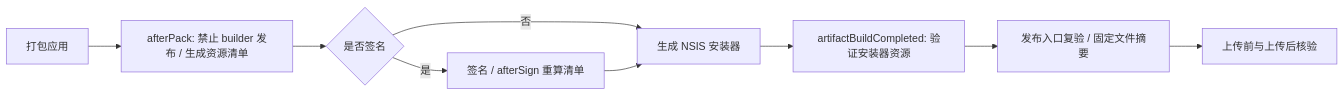
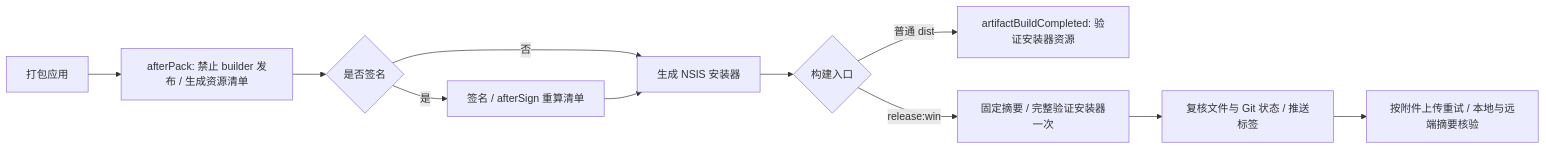
Before and after one commit to AuroraWhisperer/LIRA: the diagram in docs/reference/engineering/build.md, drawn with Mermaid. The commit also changed other lines of this file and 75 other files, not shown here.

````diff
--- a/docs/reference/engineering/build.md
+++ b/docs/reference/engineering/build.md
@@ -142,11 +143,13 @@
 ```mermaid
 flowchart LR
   A[打包应用] --> B[afterPack: 禁止 builder 发布 / 生成资源清单]
   B --> C{是否签名}
   C -->|是| D[签名 / afterSign 重算清单]
   C -->|否| E[生成 NSIS 安装器]
   D --> E
-  E --> F[artifactBuildCompleted: 验证安装器资源]
-  F --> G[发布入口复验 / 固定文件摘要]
-  G --> H[上传前与上传后核验]
+  E --> F{构建入口}
+  F -->|普通 dist| G[artifactBuildCompleted: 验证安装器资源]
+  F -->|release:win| H[固定摘要 / 完整验证安装器一次]
+  H --> I[复核文件与 Git 状态 / 推送标签]
+  I --> J[按附件上传重试 / 本地与远端摘要核验]
 ```
````
